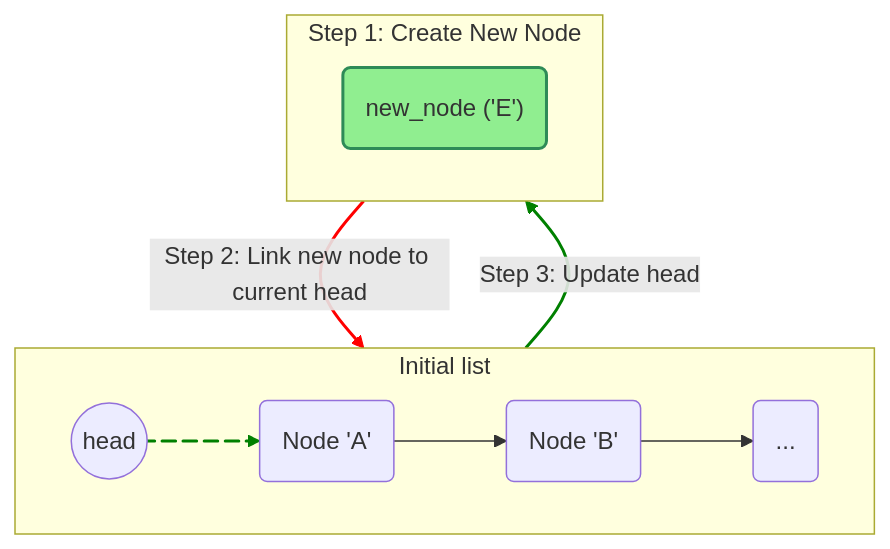
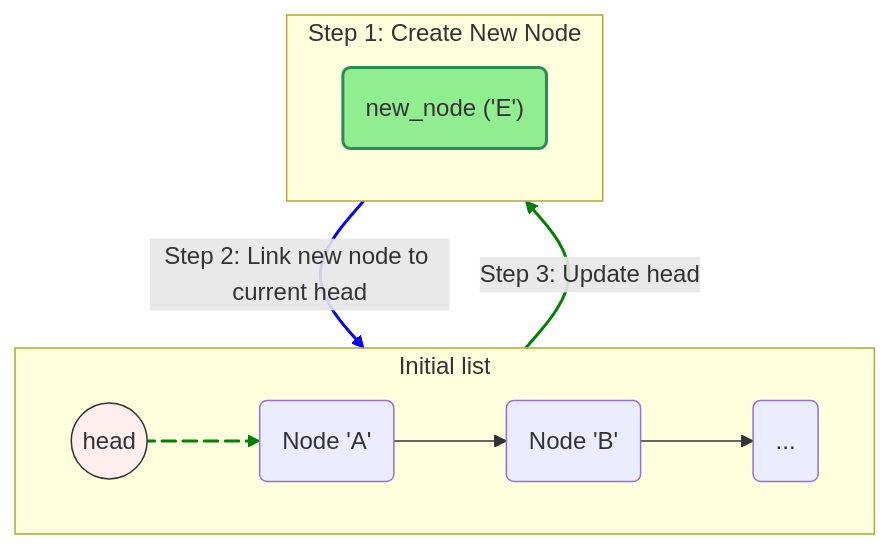
Before and after one commit to ruslylove/datastruct: the fifth of 10 diagrams in lectures/lect-3-Singly-Linked-List.md, drawn with Mermaid. The commit also changed other lines of this file and 1 other file, not shown here.

Commit message:
update diagram.

````diff
--- a/lectures/lect-3-Singly-Linked-List.md
+++ b/lectures/lect-3-Singly-Linked-List.md
@@ -476,25 +476,27 @@
 ```mermaid {scale:0.7}
 
 graph TD
     subgraph "Initial list"
         direction LR
         head1(("head")) e1@--> A("Node 'A'") --> B("Node 'B'") --> C("...")
     end
 
     subgraph "Step 1: Create New Node"
         direction LR
         new_node("new_node ('E')")
         style new_node fill:#90EE90,stroke:#2E8B57,stroke-width:2px
     end
 
         direction LR
         head1 -- "Step 3: Update head" --> new_node
         new_node -- "Step 2: Link new node to current head" --> A
 
     e1@{ animate: true, animation: slow }
 
     %%linkStyle 0 stroke-width:2px,stroke:blue,fill:none;
     linkStyle 0,3 stroke-width:2px,stroke:green,fill:none;
-    linkStyle 4 stroke-width:2px,stroke:red,fill:none;
+    linkStyle 4 stroke-width:2px,stroke:blue,fill:none;
+    style head1 fill:#fee,stroke:#333
+
 
 ```
````
